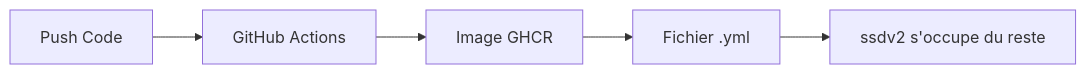
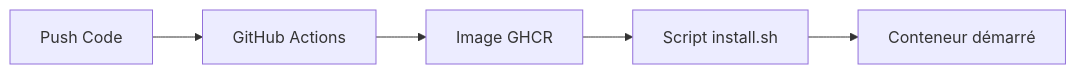
Before and after one commit to kesurof/QBittorrent-Error-Monitor: the diagram in README.md, drawn with Mermaid. The commit also changed other lines of this file and 7 other files, not shown here.

````diff
--- a/README.md
+++ b/README.md
@@ -64,7 +87,7 @@
 ```mermaid
 graph LR
     A[Push Code] --> B[GitHub Actions]
     B --> C[Image GHCR]
-    C --> D[Fichier .yml]
-    D --> E[ssdv2 s'occupe du reste]
+    C --> D[Script install.sh]
+    D --> E[Conteneur démarré]
 ```
````
